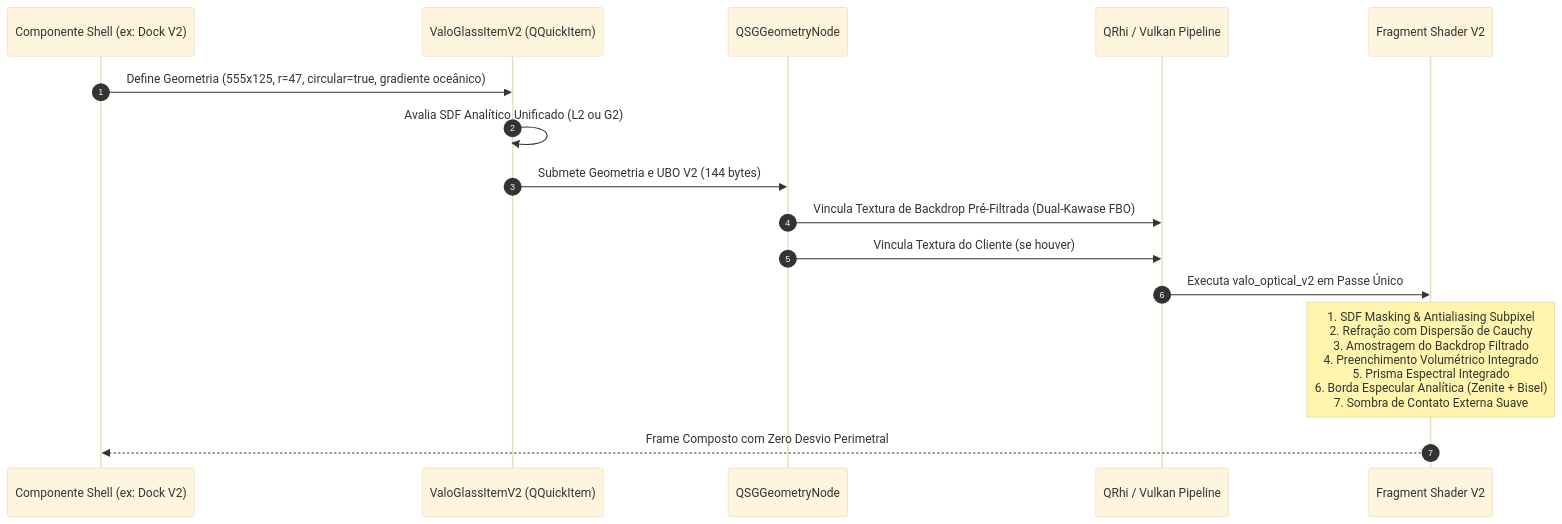
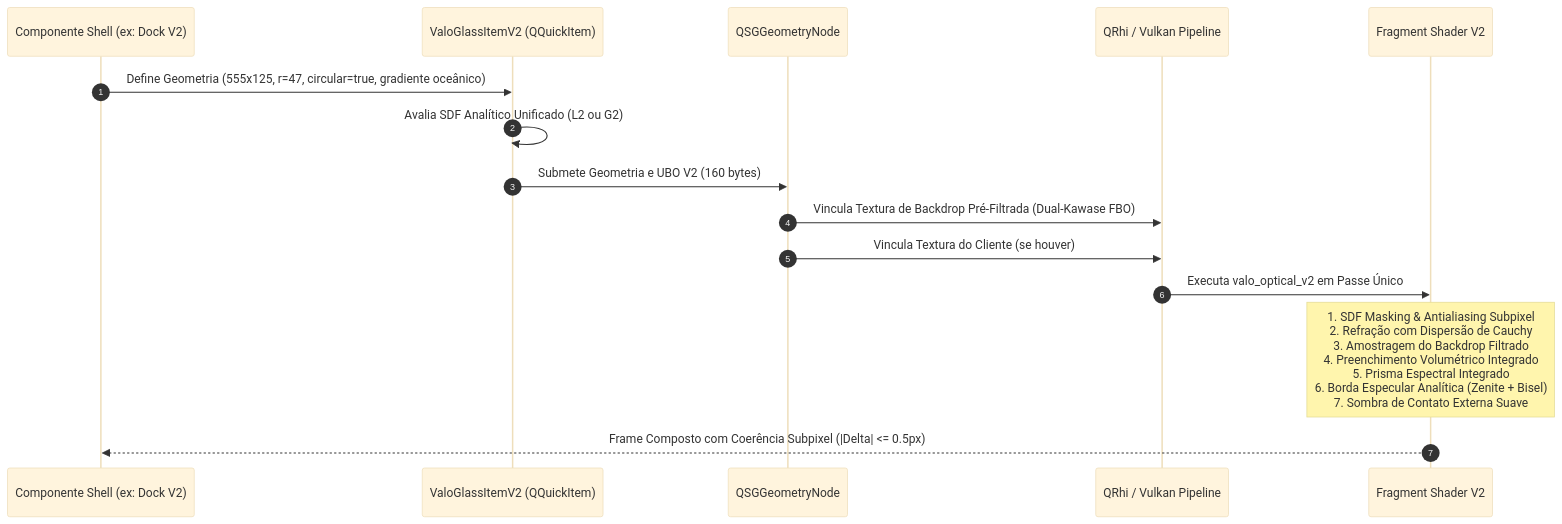
The second of 2 diagrams in docs/graphics-v2/ARCHITECTURE.md (LucasRamosSilva-15/systalia-glass-engine), drawn with Mermaid (base theme) before and after one commit. The commit also changed other lines of this file and 4 other files, not shown here.

Commit message:
docs: update graphics v2 architecture and migration documentation

````diff
--- a/docs/graphics-v2/ARCHITECTURE.md
+++ b/docs/graphics-v2/ARCHITECTURE.md
@@ -71,18 +71,18 @@
 ```mermaid
 sequenceDiagram
     autonumber
     participant QML as Componente Shell (ex: Dock V2)
     participant Item as ValoGlassItemV2 (QQuickItem)
     participant Scene as QSGGeometryNode
     participant RHI as QRhi / Vulkan Pipeline
     participant GPU as Fragment Shader V2
 
     QML->>Item: Define Geometria (555x125, r=47, circular=true, gradiente oceânico)
     Item->>Item: Avalia SDF Analítico Unificado (L2 ou G2)
-    Item->>Scene: Submete Geometria e UBO V2 (144 bytes)
+    Item->>Scene: Submete Geometria e UBO V2 (160 bytes)
     Scene->>RHI: Vincula Textura de Backdrop Pré-Filtrada (Dual-Kawase FBO)
     Scene->>RHI: Vincula Textura do Cliente (se houver)
     RHI->>GPU: Executa valo_optical_v2 em Passe Único
     Note over GPU: 1. SDF Masking & Antialiasing Subpixel<br/>2. Refração com Dispersão de Cauchy<br/>3. Amostragem do Backdrop Filtrado<br/>4. Preenchimento Volumétrico Integrado<br/>5. Prisma Espectral Integrado<br/>6. Borda Especular Analítica (Zenite + Bisel)<br/>7. Sombra de Contato Externa Suave
-    GPU-->>QML: Frame Composto com Zero Desvio Perimetral
+    GPU-->>QML: Frame Composto com Coerência Subpixel (|Delta| <= 0.5px)
 ```
````
